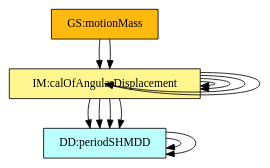
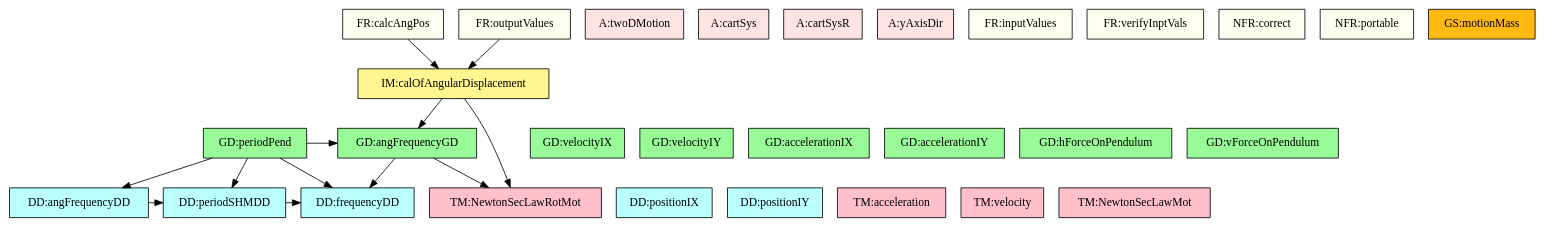
The diagram in code/stable/sglpend/TraceyGraph/allvsall.dot (JacquesCarette/Drasil), drawn with Graphviz before and after one commit. The commit also changed 101 other files, not shown here.

```diff
--- a/code/stable/sglpend/TraceyGraph/allvsall.dot
+++ b/code/stable/sglpend/TraceyGraph/allvsall.dot
@@ -1,87 +1,87 @@
 digraph allvsall {
-	dataDefn:angularFrequency -> dataDefn:period;
-	dataDefn:period -> dataDefn:frequency;
-	theory:angFrequencyGD -> dataDefn:frequency;
-	theory:angFrequencyGD -> theory:newtonSLR;
-	theory:periodPendGD -> dataDefn:frequency;
-	theory:periodPendGD -> dataDefn:angularFrequency;
-	theory:periodPendGD -> dataDefn:period;
-	theory:periodPendGD -> theory:angFrequencyGD;
-	theory:angularDisplacementIM -> theory:newtonSLR;
-	theory:angularDisplacementIM -> theory:angFrequencyGD;
-	instance:calcAngPos -> theory:angularDisplacementIM;
-	instance:outputValues -> theory:angularDisplacementIM;
+	"dataDefn:angularFrequency" -> "dataDefn:period";
+	"dataDefn:period" -> "dataDefn:frequency";
+	"theory:angFrequencyGD" -> "dataDefn:frequency";
+	"theory:angFrequencyGD" -> "theory:newtonSLR";
+	"theory:periodPendGD" -> "dataDefn:frequency";
+	"theory:periodPendGD" -> "dataDefn:angularFrequency";
+	"theory:periodPendGD" -> "dataDefn:period";
+	"theory:periodPendGD" -> "theory:angFrequencyGD";
+	"theory:angularDisplacementIM" -> "theory:newtonSLR";
+	"theory:angularDisplacementIM" -> "theory:angFrequencyGD";
+	"instance:calcAngPos" -> "theory:angularDisplacementIM";
+	"instance:outputValues" -> "theory:angularDisplacementIM";
 
 
-	instance:twoDMotion	[shape=box, color=black, style=filled, fillcolor=mistyrose, label="A:twoDMotion"];
-	instance:cartSys	[shape=box, color=black, style=filled, fillcolor=mistyrose, label="A:cartSys"];
-	instance:cartSysR	[shape=box, color=black, style=filled, fillcolor=mistyrose, label="A:cartSysR"];
-	instance:yAxisDir	[shape=box, color=black, style=filled, fillcolor=mistyrose, label="A:yAxisDir"];
+	"instance:twoDMotion"	[shape=box, color=black, style=filled, fillcolor=mistyrose, label="A:twoDMotion"];
+	"instance:cartSys"	[shape=box, color=black, style=filled, fillcolor=mistyrose, label="A:cartSys"];
+	"instance:cartSysR"	[shape=box, color=black, style=filled, fillcolor=mistyrose, label="A:cartSysR"];
+	"instance:yAxisDir"	[shape=box, color=black, style=filled, fillcolor=mistyrose, label="A:yAxisDir"];
 
 	subgraph A {
 	rank="same"
-	{instance:twoDMotion, instance:cartSys, instance:cartSysR, instance:yAxisDir}
+	{"instance:twoDMotion", "instance:cartSys", "instance:cartSysR", "instance:yAxisDir"}
 	}
 
-	dataDefn:ixPos	[shape=box, color=black, style=filled, fillcolor=paleturquoise1, label="DD:positionIX"];
-	dataDefn:iyPos	[shape=box, color=black, style=filled, fillcolor=paleturquoise1, label="DD:positionIY"];
-	dataDefn:frequency	[shape=box, color=black, style=filled, fillcolor=paleturquoise1, label="DD:frequencyDD"];
-	dataDefn:angularFrequency	[shape=box, color=black, style=filled, fillcolor=paleturquoise1, label="DD:angFrequencyDD"];
-	dataDefn:period	[shape=box, color=black, style=filled, fillcolor=paleturquoise1, label="DD:periodSHMDD"];
+	"dataDefn:ixPos"	[shape=box, color=black, style=filled, fillcolor=paleturquoise1, label="DD:positionIX"];
+	"dataDefn:iyPos"	[shape=box, color=black, style=filled, fillcolor=paleturquoise1, label="DD:positionIY"];
+	"dataDefn:frequency"	[shape=box, color=black, style=filled, fillcolor=paleturquoise1, label="DD:frequencyDD"];
+	"dataDefn:angularFrequency"	[shape=box, color=black, style=filled, fillcolor=paleturquoise1, label="DD:angFrequencyDD"];
+	"dataDefn:period"	[shape=box, color=black, style=filled, fillcolor=paleturquoise1, label="DD:periodSHMDD"];
 
 	subgraph DD {
 	rank="same"
-	{dataDefn:ixPos, dataDefn:iyPos, dataDefn:frequency, dataDefn:angularFrequency, dataDefn:period}
+	{"dataDefn:ixPos", "dataDefn:iyPos", "dataDefn:frequency", "dataDefn:angularFrequency", "dataDefn:period"}
 	}
 
-	theory:accelerationTM	[shape=box, color=black, style=filled, fillcolor=pink, label="TM:acceleration"];
-	theory:velocityTM	[shape=box, color=black, style=filled, fillcolor=pink, label="TM:velocity"];
-	theory:newtonSL	[shape=box, color=black, style=filled, fillcolor=pink, label="TM:NewtonSecLawMot"];
-	theory:newtonSLR	[shape=box, color=black, style=filled, fillcolor=pink, label="TM:NewtonSecLawRotMot"];
+	"theory:accelerationTM"	[shape=box, color=black, style=filled, fillcolor=pink, label="TM:acceleration"];
+	"theory:velocityTM"	[shape=box, color=black, style=filled, fillcolor=pink, label="TM:velocity"];
+	"theory:newtonSL"	[shape=box, color=black, style=filled, fillcolor=pink, label="TM:NewtonSecLawMot"];
+	"theory:newtonSLR"	[shape=box, color=black, style=filled, fillcolor=pink, label="TM:NewtonSecLawRotMot"];
 
 	subgraph TM {
 	rank="same"
-	{theory:accelerationTM, theory:velocityTM, theory:newtonSL, theory:newtonSLR}
+	{"theory:accelerationTM", "theory:velocityTM", "theory:newtonSL", "theory:newtonSLR"}
 	}
 
-	theory:xVel	[shape=box, color=black, style=filled, fillcolor=palegreen, label="GD:velocityIX"];
-	theory:yVel	[shape=box, color=black, style=filled, fillcolor=palegreen, label="GD:velocityIY"];
-	theory:xScalAcc	[shape=box, color=black, style=filled, fillcolor=palegreen, label="GD:accelerationIX"];
-	theory:yScalAcc	[shape=box, color=black, style=filled, fillcolor=palegreen, label="GD:accelerationIY"];
-	theory:hForceOnPendulum	[shape=box, color=black, style=filled, fillcolor=palegreen, label="GD:hForceOnPendulum"];
-	theory:vForceOnPendulum	[shape=box, color=black, style=filled, fillcolor=palegreen, label="GD:vForceOnPendulum"];
-	theory:angFrequencyGD	[shape=box, color=black, style=filled, fillcolor=palegreen, label="GD:angFrequencyGD"];
-	theory:periodPendGD	[shape=box, color=black, style=filled, fillcolor=palegreen, label="GD:periodPend"];
+	"theory:xVel"	[shape=box, color=black, style=filled, fillcolor=palegreen, label="GD:velocityIX"];
+	"theory:yVel"	[shape=box, color=black, style=filled, fillcolor=palegreen, label="GD:velocityIY"];
+	"theory:xScalAcc"	[shape=box, color=black, style=filled, fillcolor=palegreen, label="GD:accelerationIX"];
+	"theory:yScalAcc"	[shape=box, color=black, style=filled, fillcolor=palegreen, label="GD:accelerationIY"];
+	"theory:hForceOnPendulum"	[shape=box, color=black, style=filled, fillcolor=palegreen, label="GD:hForceOnPendulum"];
+	"theory:vForceOnPendulum"	[shape=box, color=black, style=filled, fillcolor=palegreen, label="GD:vForceOnPendulum"];
+	"theory:angFrequencyGD"	[shape=box, color=black, style=filled, fillcolor=palegreen, label="GD:angFrequencyGD"];
+	"theory:periodPendGD"	[shape=box, color=black, style=filled, fillcolor=palegreen, label="GD:periodPend"];
 
 	subgraph GD {
 	rank="same"
-	{theory:xVel, theory:yVel, theory:xScalAcc, theory:yScalAcc, theory:hForceOnPendulum, theory:vForceOnPendulum, theory:angFrequencyGD, theory:periodPendGD}
+	{"theory:xVel", "theory:yVel", "theory:xScalAcc", "theory:yScalAcc", "theory:hForceOnPendulum", "theory:vForceOnPendulum", "theory:angFrequencyGD", "theory:periodPendGD"}
 	}
 
-	theory:angularDisplacementIM	[shape=box, color=black, style=filled, fillcolor=khaki1, label="IM:calOfAngularDisplacement"];
+	"theory:angularDisplacementIM"	[shape=box, color=black, style=filled, fillcolor=khaki1, label="IM:calOfAngularDisplacement"];
 
 	subgraph IM {
 	rank="same"
-	{theory:angularDisplacementIM}
+	{"theory:angularDisplacementIM"}
 	}
 
-	instance:inputValues	[shape=box, color=black, style=filled, fillcolor=ivory, label="FR:inputValues"];
-	instance:verifyInptVals	[shape=box, color=black, style=filled, fillcolor=ivory, label="FR:verifyInptVals"];
-	instance:calcAngPos	[shape=box, color=black, style=filled, fillcolor=ivory, label="FR:calcAngPos"];
-	instance:outputValues	[shape=box, color=black, style=filled, fillcolor=ivory, label="FR:outputValues"];
-	instance:correct	[shape=box, color=black, style=filled, fillcolor=ivory, label="NFR:correct"];
-	instance:portable	[shape=box, color=black, style=filled, fillcolor=ivory, label="NFR:portable"];
+	"instance:inputValues"	[shape=box, color=black, style=filled, fillcolor=ivory, label="FR:inputValues"];
+	"instance:verifyInptVals"	[shape=box, color=black, style=filled, fillcolor=ivory, label="FR:verifyInptVals"];
+	"instance:calcAngPos"	[shape=box, color=black, style=filled, fillcolor=ivory, label="FR:calcAngPos"];
+	"instance:outputValues"	[shape=box, color=black, style=filled, fillcolor=ivory, label="FR:outputValues"];
+	"instance:correct"	[shape=box, color=black, style=filled, fillcolor=ivory, label="NFR:correct"];
+	"instance:portable"	[shape=box, color=black, style=filled, fillcolor=ivory, label="NFR:portable"];
 
 	subgraph FR {
 	rank="same"
-	{instance:inputValues, instance:verifyInptVals, instance:calcAngPos, instance:outputValues, instance:correct, instance:portable}
+	{"instance:inputValues", "instance:verifyInptVals", "instance:calcAngPos", "instance:outputValues", "instance:correct", "instance:portable"}
 	}
 
-	instance:motionMass	[shape=box, color=black, style=filled, fillcolor=darkgoldenrod1, label="GS:motionMass"];
+	"instance:motionMass"	[shape=box, color=black, style=filled, fillcolor=darkgoldenrod1, label="GS:motionMass"];
 
 	subgraph GS {
 	rank="same"
-	{instance:motionMass}
+	{"instance:motionMass"}
 	}
 
 }
```
